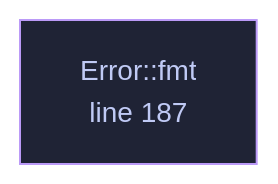
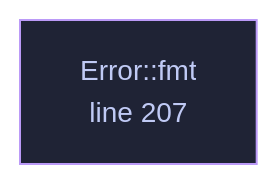
The diagram in wiki/File-veilvoice-crypto-lib.md (tilas01/veilvoice), drawn with Mermaid before and after one commit. The commit also changed other lines of this file and 65 other files, not shown here.

````diff
--- a/wiki/File-veilvoice-crypto-lib.md
+++ b/wiki/File-veilvoice-crypto-lib.md
@@ -103,8 +103,8 @@
 ```mermaid
 %%{init: {"theme":"base","themeVariables":{"background":"#1a1b26","primaryColor":"#1f2335","primaryTextColor":"#c0caf5","primaryBorderColor":"#7aa2f7","secondaryColor":"#16161e","tertiaryColor":"#16161e","lineColor":"#737aa2","textColor":"#c0caf5","mainBkg":"#1f2335","nodeBorder":"#7aa2f7","clusterBkg":"#16161e","clusterBorder":"#2f3549","fontFamily":"ui-monospace, SFMono-Regular, Consolas, monospace","fontSize":"14px"}}}%%
 flowchart TD
-    n_fmt["Error::fmt<br/>line 187"]
-    click n_fmt href "https://github.com/tilas01/veilvoice/blob/main/crates/veilvoice-crypto/src/lib.rs#L187" "open the source"
+    n_fmt["Error::fmt<br/>line 207"]
+    click n_fmt href "https://github.com/tilas01/veilvoice/blob/main/crates/veilvoice-crypto/src/lib.rs#L207" "open the source"
     classDef helper fill:#1f2335,stroke:#bb9af7,color:#c0caf5
     class n_fmt helper
 ```
````
